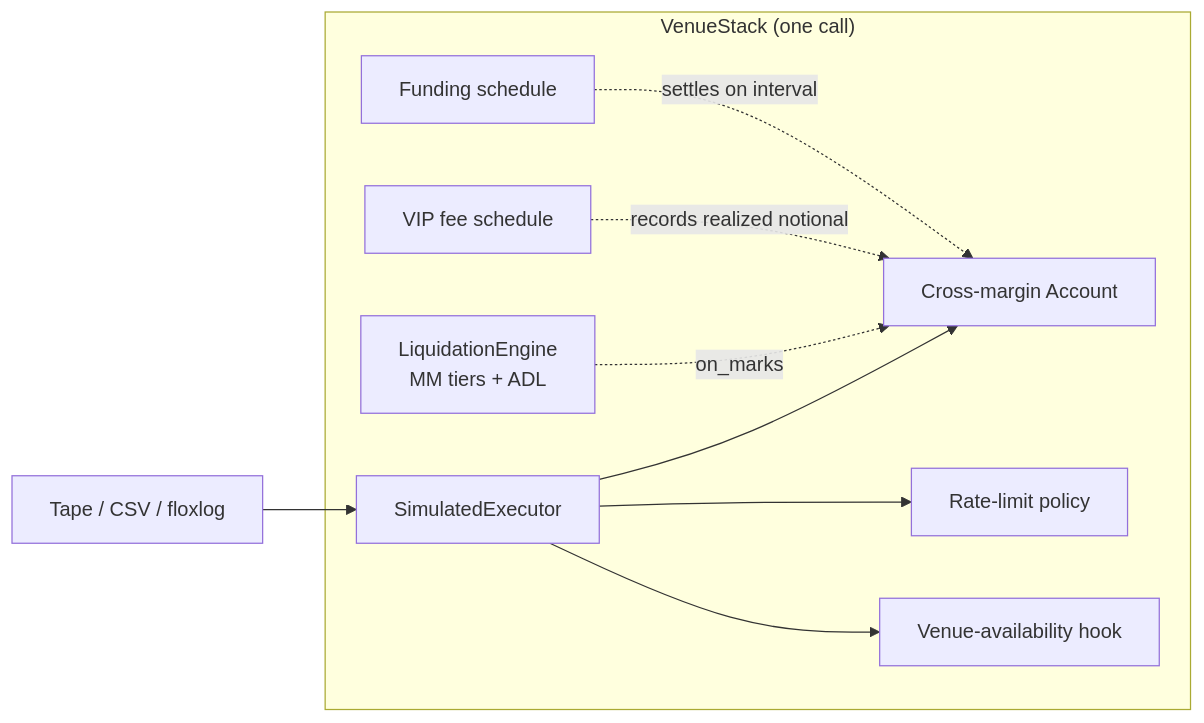
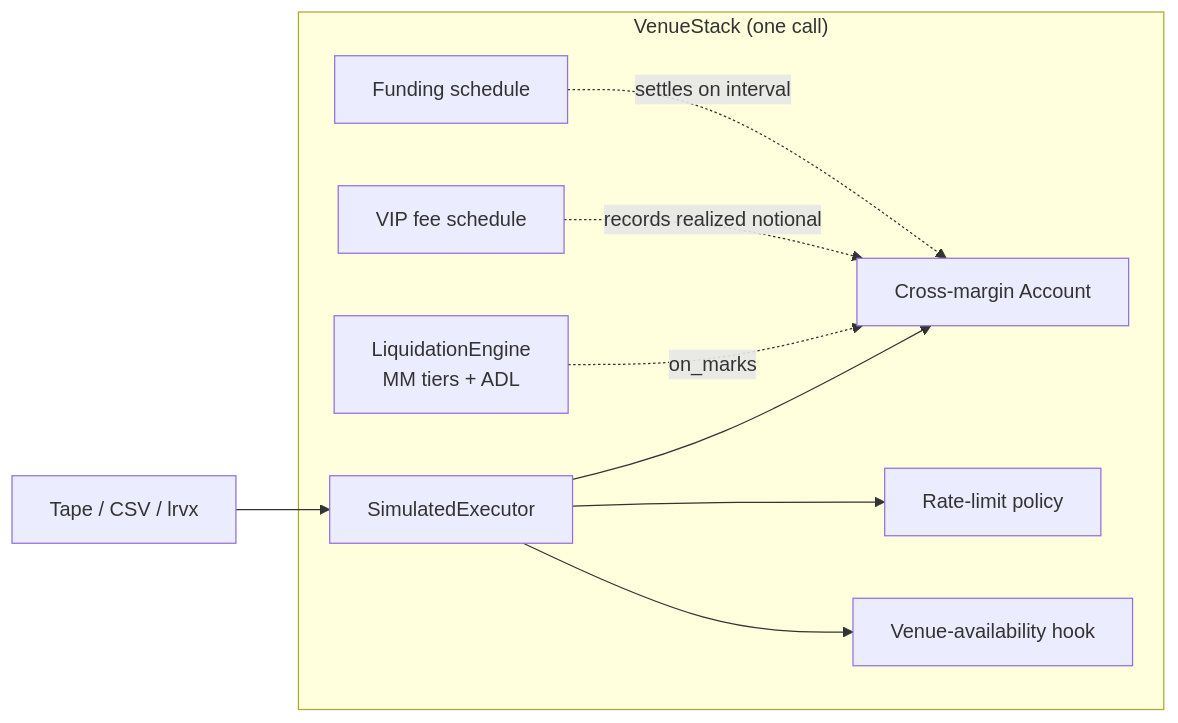
The fourth of 6 diagrams in docs/explanation/architecture.md (FLOX-Foundation/flox), drawn with Mermaid before and after one commit. The commit also changed other lines of this file and 2531 other files, not shown here.

````diff
--- a/docs/explanation/architecture.md
+++ b/docs/explanation/architecture.md
@@ -297,19 +297,19 @@
 ```mermaid
 flowchart LR
-    DATA[Tape / CSV / floxlog] --> EXE
+    DATA[Tape / CSV / lrvx] --> EXE
     subgraph stack["VenueStack (one call)"]
         EXE[SimulatedExecutor]
         ACC[Cross-margin Account]
         LIQ[LiquidationEngine<br/>MM tiers + ADL]
         FEE[VIP fee schedule]
         FUND[Funding schedule]
         RL[Rate-limit policy]
         AVAIL[Venue-availability hook]
     end
     EXE --> ACC
     LIQ -. on_marks .-> ACC
     FEE -. records realized notional .-> ACC
     FUND -. settles on interval .-> ACC
     EXE --> RL
     EXE --> AVAIL
 ```
````
